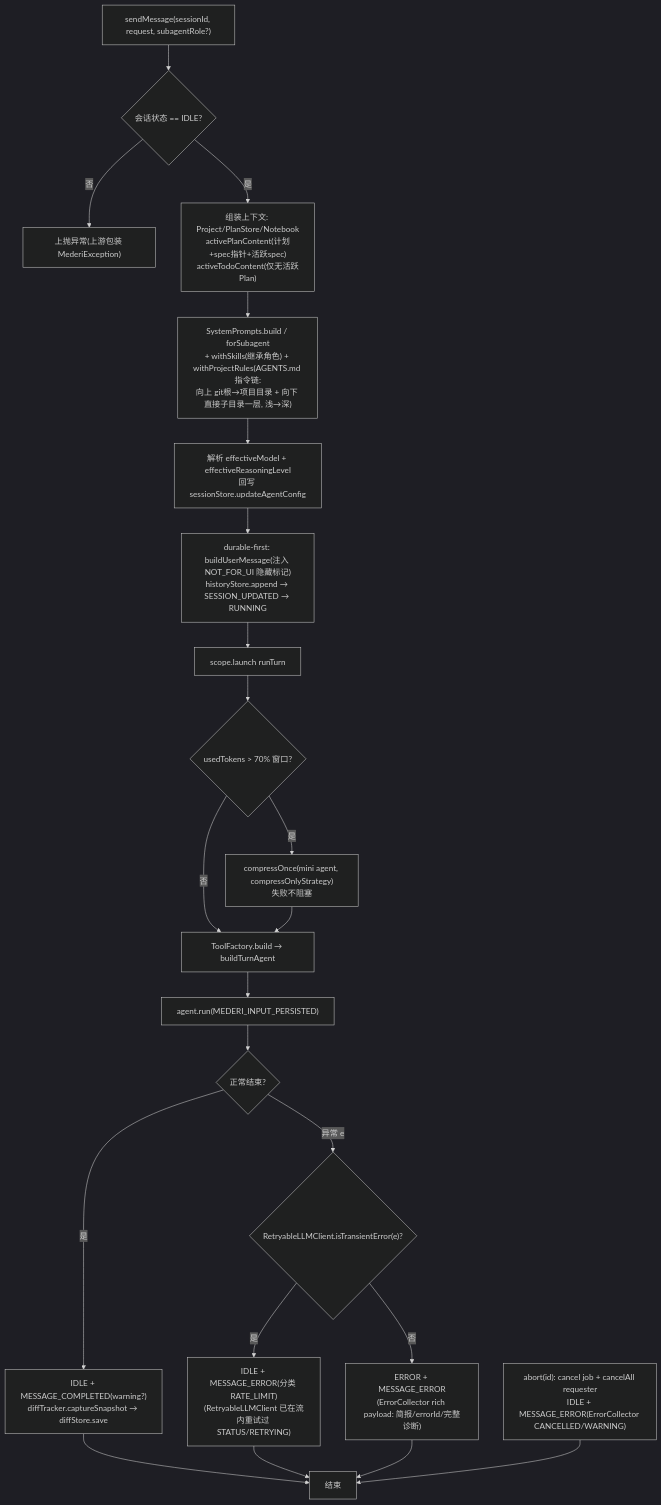
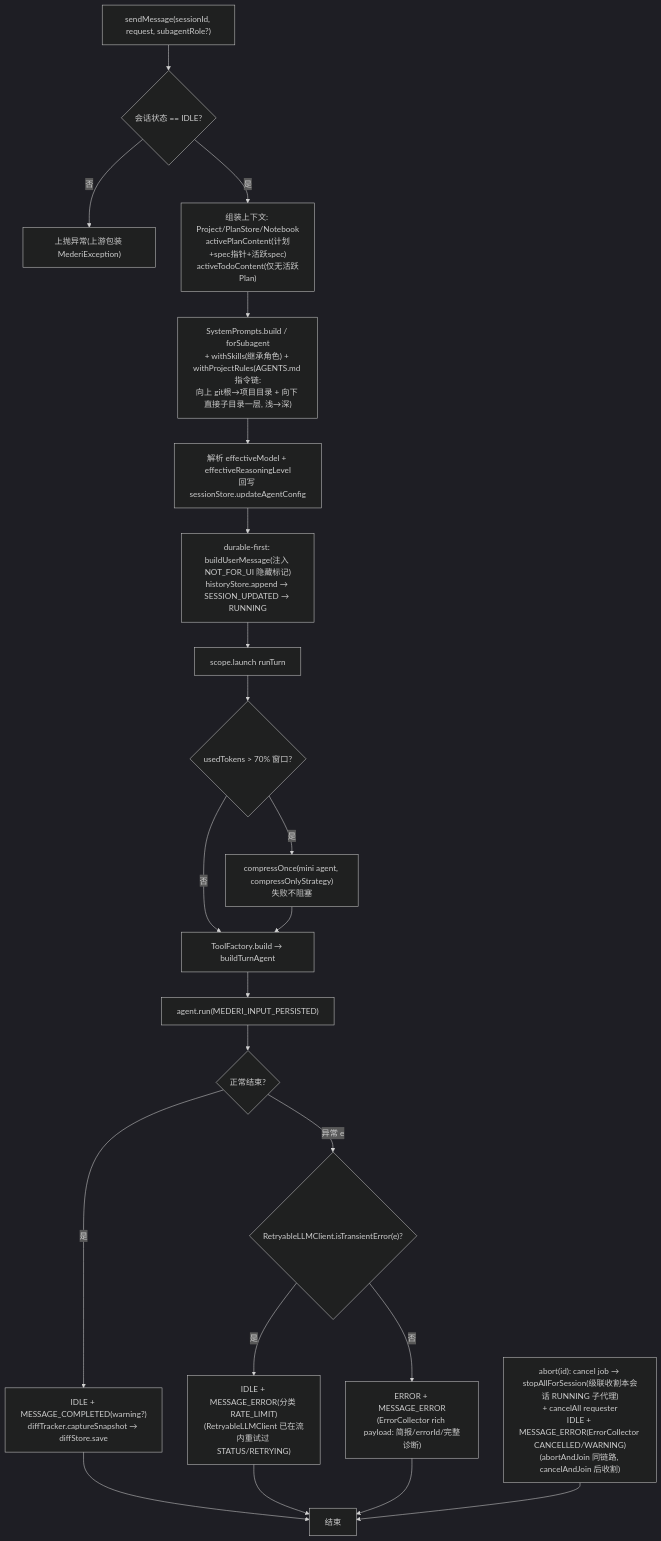
The second of 17 diagrams in mederi/docs/architecture/04-flows.md (lzdev42/mederi), drawn with Mermaid (dark theme) before and after one commit. The commit also changed other lines of this file and 28 other files, not shown here.

````diff
--- a/mederi/docs/architecture/04-flows.md
+++ b/mederi/docs/architecture/04-flows.md
@@ -71,22 +71,22 @@
 ```mermaid
 flowchart TD
     S["sendMessage(sessionId, request, subagentRole?)"] --> V{"会话状态 == IDLE?"}
     V -- "否" --> E1["上抛异常(上游包装 MederiException)"]
     V -- "是" --> PREP["组装上下文: Project/PlanStore/Notebook<br/>activePlanContent(计划+spec指针+活跃spec)<br/>activeTodoContent(仅无活跃Plan)"]
     PREP --> SP["SystemPrompts.build / forSubagent<br/>+ withSkills(继承角色) + withProjectRules(AGENTS.md 指令链:<br/>向上 git根→项目目录 + 向下 直接子目录一层, 浅→深)"]
     SP --> CFG["解析 effectiveModel + effectiveReasoningLevel<br/>回写 sessionStore.updateAgentConfig"]
     CFG --> DF["durable-first: buildUserMessage(注入 NOT_FOR_UI 隐藏标记)<br/>historyStore.append → SESSION_UPDATED → RUNNING"]
     DF --> BG["scope.launch runTurn"]
     BG --> PF{"usedTokens > 70% 窗口?"}
     PF -- "是" --> COMP["compressOnce(mini agent, compressOnlyStrategy)<br/>失败不阻塞"]
     PF -- "否" --> BUILD
     COMP --> BUILD["ToolFactory.build → buildTurnAgent"]
     BUILD --> RUN["agent.run(MEDERI_INPUT_PERSISTED)"]
     RUN --> OK{"正常结束?"}
     OK -- "是" --> DONE["IDLE + MESSAGE_COMPLETED(warning?)<br/>diffTracker.captureSnapshot → diffStore.save"]
     OK -- "异常 e" --> T{"RetryableLLMClient.isTransientError(e)?"}
     T -- "是" --> IDLE["IDLE + MESSAGE_ERROR(分类 RATE_LIMIT)<br/>(RetryableLLMClient 已在流内重试过 STATUS/RETRYING)"]
     T -- "否" --> ERR["ERROR + MESSAGE_ERROR<br/>(ErrorCollector rich payload: 简报/errorId/完整诊断)"]
     DONE & IDLE & ERR --> STOP
-    ABORT["abort(id): cancel job + cancelAll requester<br/>IDLE + MESSAGE_ERROR(ErrorCollector CANCELLED/WARNING)"] --> STOP["结束"]
+    ABORT["abort(id): cancel job → stopAllForSession(级联收割本会话 RUNNING 子代理)<br/>+ cancelAll requester<br/>IDLE + MESSAGE_ERROR(ErrorCollector CANCELLED/WARNING)<br/>(abortAndJoin 同链路, cancelAndJoin 后收割)"] --> STOP["结束"]
 ```
````
